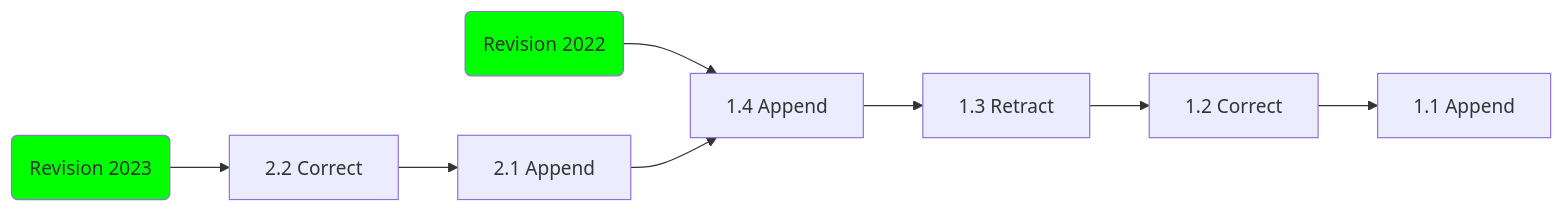
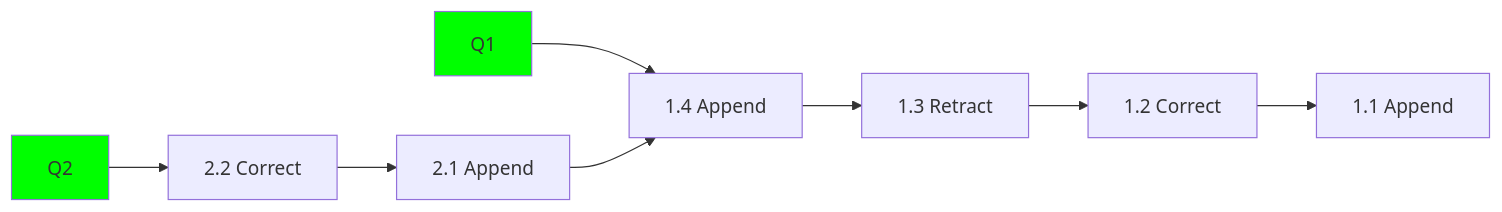
Before and after one commit to Swirrl/datahost-prototypes: the second of 5 diagrams in datahost-ld-openapi/doc/data-model-definitions.md, drawn with Mermaid. The commit also changed other lines of this file, not shown here.

````diff
--- a/datahost-ld-openapi/doc/data-model-definitions.md
+++ b/datahost-ld-openapi/doc/data-model-definitions.md
@@ -36,7 +58,7 @@
 ```mermaid
 flowchart LR
-   R1(Revision 2022) --> 1.4["1.4 Append"] --> 1.3["1.3 Retract"] --> 1.2["1.2 Correct"] --> 1.1["1.1 Append"]
-   R2(Revision 2023) --> 2.2["2.2 Correct"] --> 2.1["2.1 Append"] --> 1.4
+   R1["Q1"] --> 1.4["1.4 Append"] --> 1.3["1.3 Retract"] --> 1.2["1.2 Correct"] --> 1.1["1.1 Append"]
+   R2["Q2"] --> 2.2["2.2 Correct"] --> 2.1["2.1 Append"] --> 1.4
    style R1 fill:#0f0
    style R2 fill:#0f0
 ```
````
